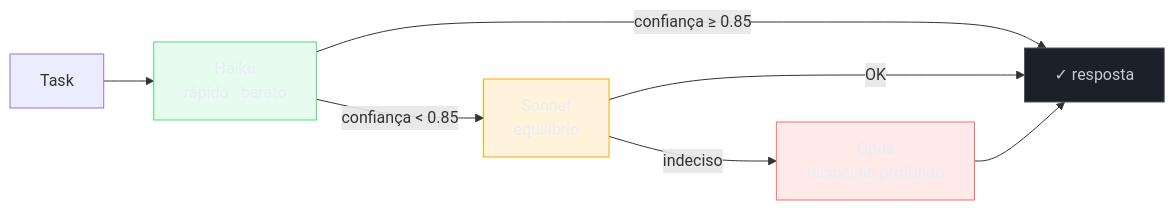
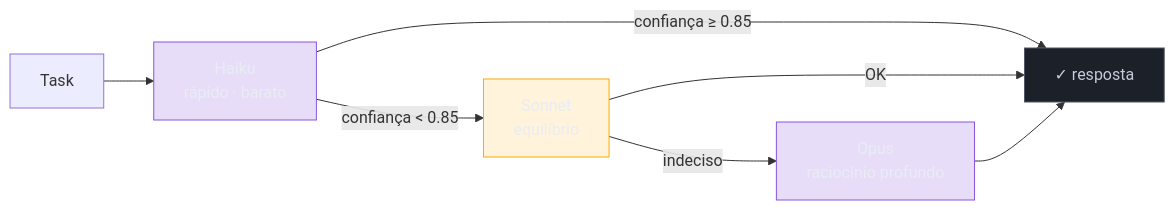
One commit to josenaldo/codex-technomanticus changed the diagram in 03-Dominios/Tecnologia/IA/Ferramentas de IA/Claude.md. Above: the diagram before and after it, drawn with Mermaid. The commit also changed 601 other files, not shown here.

````diff
--- a/03-Dominios/Tecnologia/IA/Ferramentas de IA/Claude.md
+++ b/03-Dominios/Tecnologia/IA/Ferramentas de IA/Claude.md
@@ -100,18 +100,17 @@
 ```mermaid
 flowchart LR
-    classDef ok fill:#4ADE8021,stroke:#4ADE80,color:#E9ECF2
+    classDef marca fill:#8855DF33,stroke:#8855DF,color:#E9ECF2
     classDef destaque fill:#FFAA0024,stroke:#FFAA00,color:#E9ECF2
-    classDef falha fill:#FF6B6B24,stroke:#FF6B6B,color:#E9ECF2
     classDef neutro fill:#1B2029,stroke:#4E5666,color:#C6CCD8
     T[Task] --> H[Haiku\nrápido · barato]
     H -->|confiança ≥ 0.85| OK[✓ resposta]
     H -->|confiança < 0.85| S[Sonnet\nequilíbrio]
     S -->|OK| OK
     S -->|indeciso| O[Opus\nraciocínio profundo]
     O --> OK
 
-    class H ok
+    class H marca
     class S destaque
-    class O falha
+    class O marca
     class OK neutro
 ```
````
